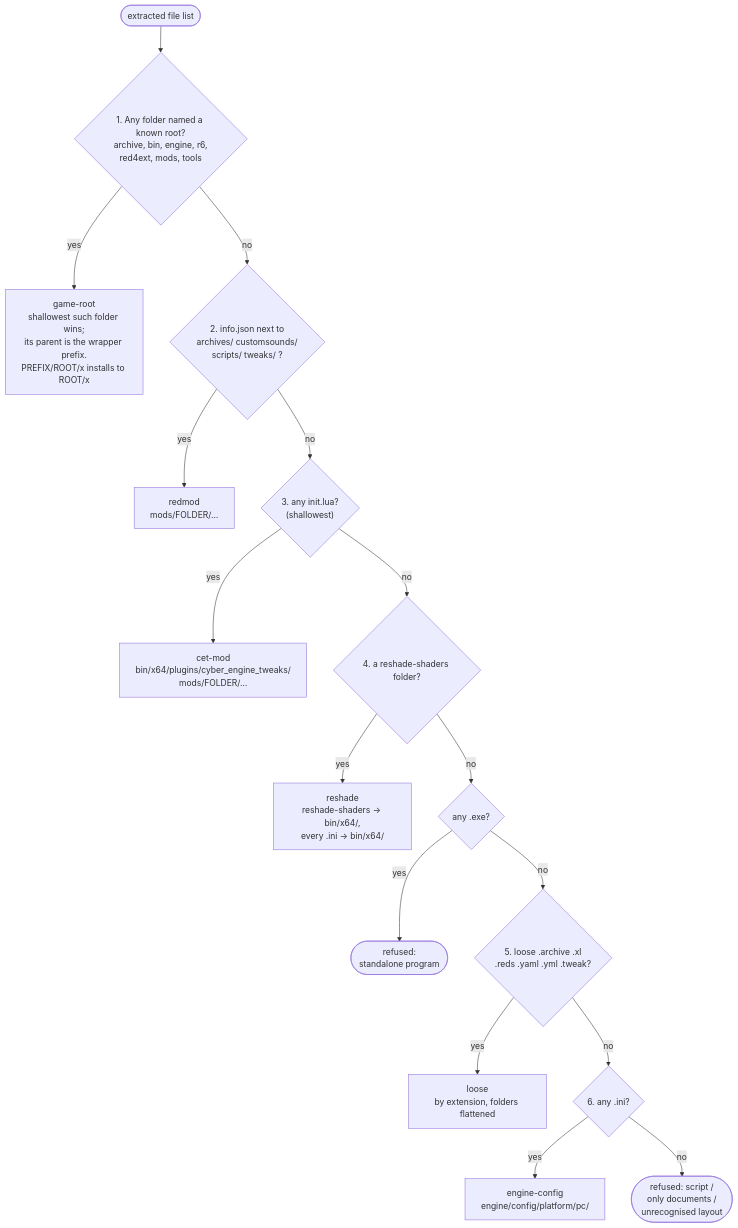
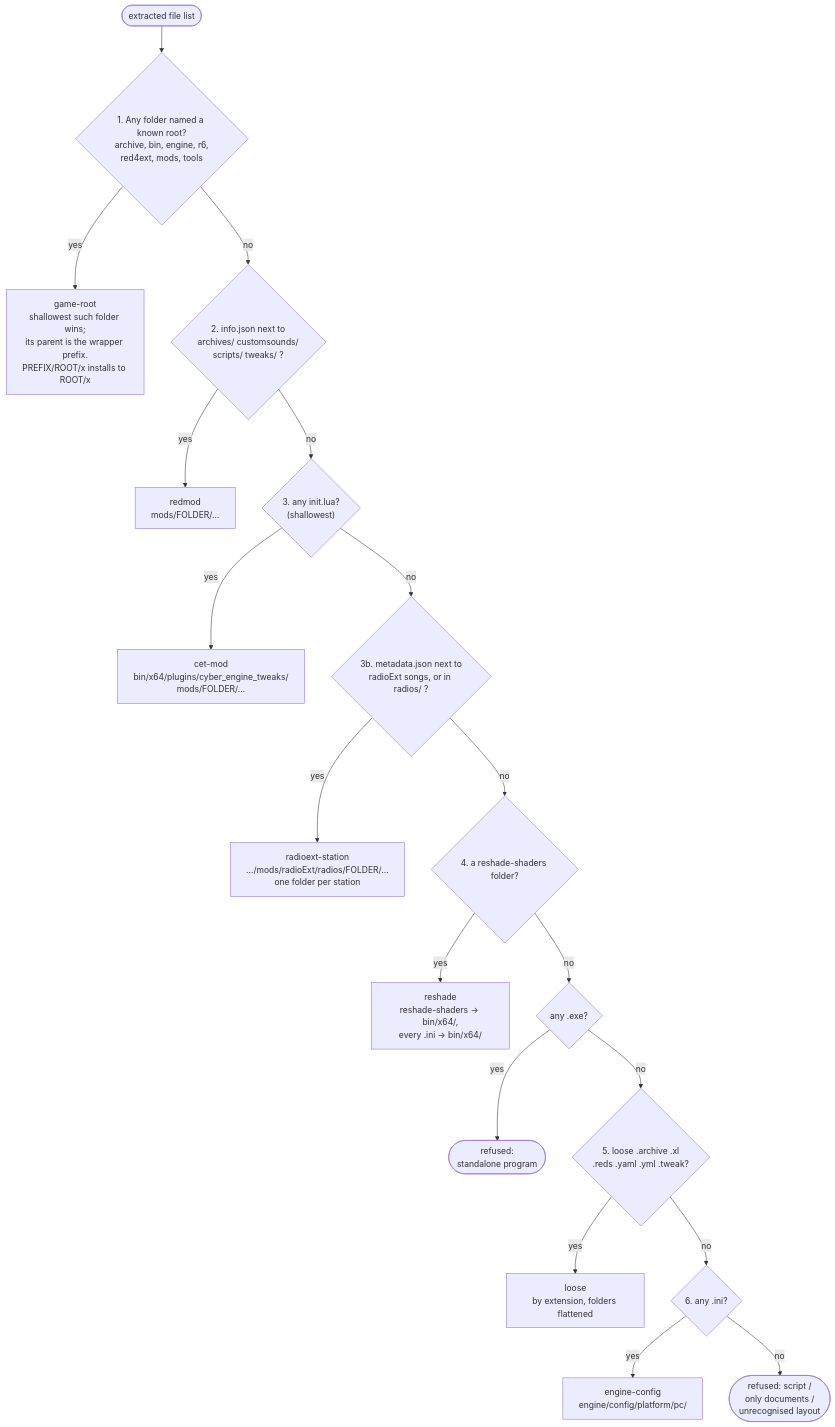
Before and after one commit to Higher-dimentionalSemanticsFanatic/LinuxCPMX2077: the diagram in docs/architecture/Layout detection.md, drawn with Mermaid. The commit also changed other lines of this file and 17 other files, not shown here.

First line of the commit message:
Radio stations: manage and create radioExt stations

````diff
--- a/docs/architecture/Layout detection.md
+++ b/docs/architecture/Layout detection.md
@@ -14,18 +14,20 @@
 ```mermaid
 flowchart TD
   s([extracted file list]) --> r1{"1. Any folder named a known root?<br/>archive, bin, engine, r6,<br/>red4ext, mods, tools"}
   r1 -- yes --> g["game-root<br/>shallowest such folder wins;<br/>its parent is the wrapper prefix.<br/>PREFIX/ROOT/x installs to ROOT/x"]
   r1 -- no --> r2{"2. info.json next to<br/>archives/ customsounds/<br/>scripts/ tweaks/ ?"}
   r2 -- yes --> rm["redmod<br/>mods/FOLDER/…"]
   r2 -- no --> r3{"3. any init.lua?<br/>(shallowest)"}
   r3 -- yes --> cet["cet-mod<br/>bin/x64/plugins/cyber_engine_tweaks/<br/>mods/FOLDER/…"]
-  r3 -- no --> r4{"4. a reshade-shaders folder?"}
+  r3 -- no --> r3b{"3b. metadata.json next to<br/>radioExt songs, or in radios/ ?"}
+  r3b -- yes --> radio["radioext-station<br/>…/mods/radioExt/radios/FOLDER/…<br/>one folder per station"]
+  r3b -- no --> r4{"4. a reshade-shaders folder?"}
   r4 -- yes --> rs["reshade<br/>reshade-shaders → bin/x64/,<br/>every .ini → bin/x64/"]
   r4 -- no --> exe{"any .exe?"}
   exe -- yes --> refuse1(["refused:<br/>standalone program"])
   exe -- no --> r5{"5. loose .archive .xl<br/>.reds .yaml .yml .tweak?"}
   r5 -- yes --> loose["loose<br/>by extension, folders flattened"]
   r5 -- no --> r6{"6. any .ini?"}
   r6 -- yes --> ini["engine-config<br/>engine/config/platform/pc/"]
   r6 -- no --> refuse2(["refused: script /<br/>only documents /<br/>unrecognised layout"])
 ```
````
